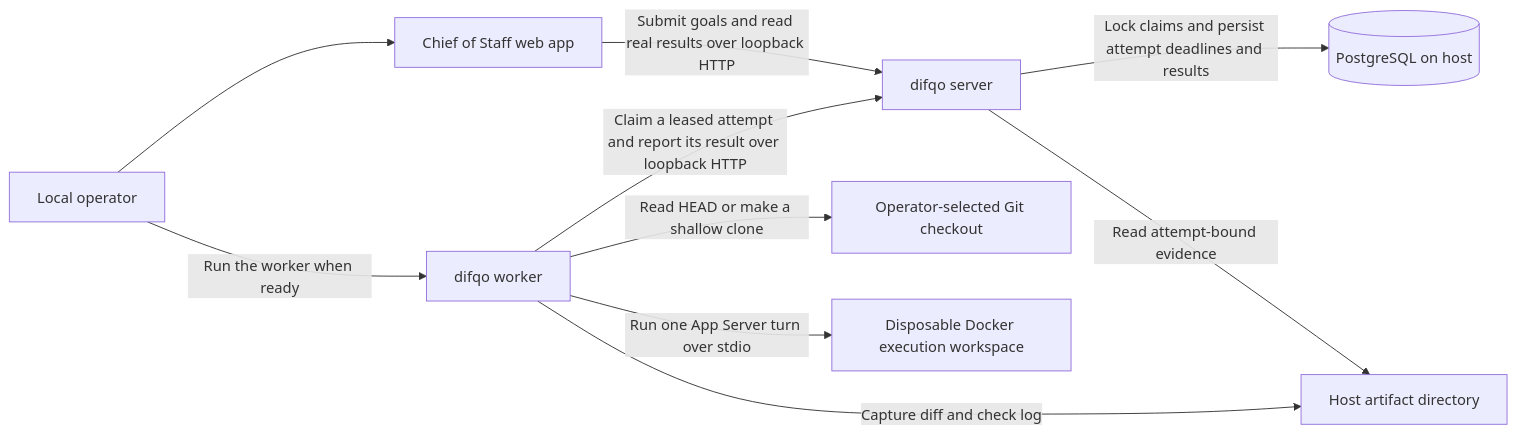
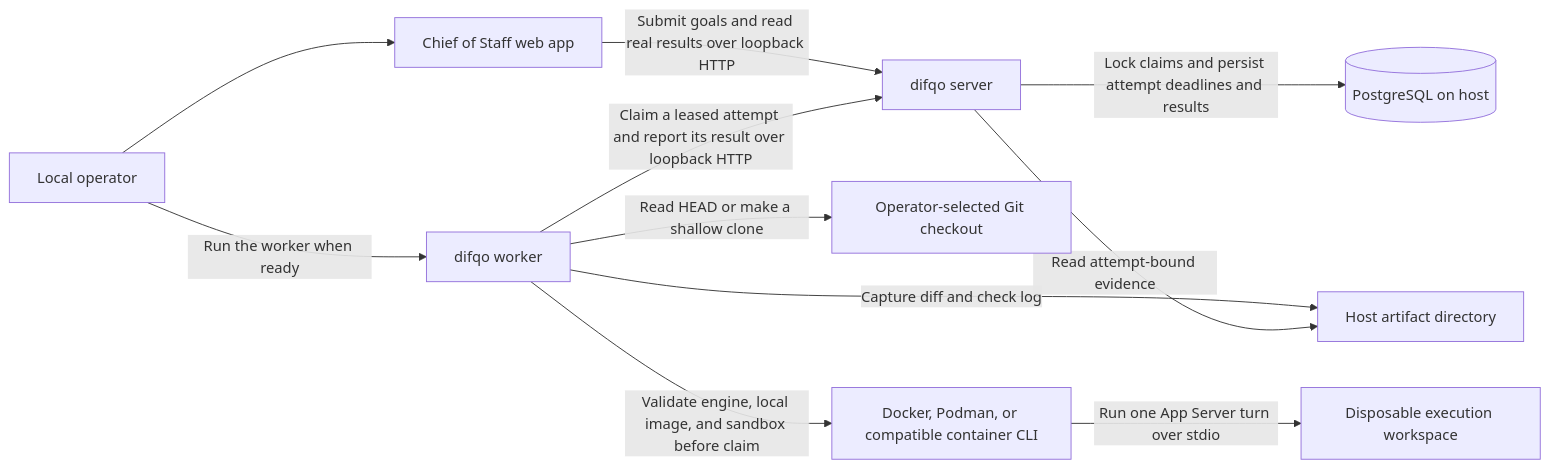
Before and after one commit to nep-ai/difqo: the first of 2 diagrams in docs/architecture.md, drawn with Mermaid. The commit also changed other lines of this file and 12 other files, not shown here.

Commit message:
Select and validate local container runtimes before claiming tasks

````diff
--- a/docs/architecture.md
+++ b/docs/architecture.md
@@ -5,12 +5,13 @@
 ```mermaid
 flowchart LR
     Operator["Local operator"] --> Browser["Chief of Staff web app"]
     Browser -->|"Submit goals and read real results over loopback HTTP"| Server["difqo server"]
     Operator -->|"Run the worker when ready"| Worker
     Worker["difqo worker"] -->|"Claim a leased attempt and report its result over loopback HTTP"| Server
     Server -->|"Lock claims and persist attempt deadlines and results"| Postgres[("PostgreSQL on host")]
     Worker -->|"Read HEAD or make a shallow clone"| Repo["Operator-selected Git checkout"]
-    Worker -->|"Run one App Server turn over stdio"| Codex["Disposable Docker execution workspace"]
+    Worker -->|"Validate engine, local image, and sandbox before claim"| Runtime["Docker, Podman, or compatible container CLI"]
+    Runtime -->|"Run one App Server turn over stdio"| Codex["Disposable execution workspace"]
     Worker -->|"Capture diff and check log"| Artifacts["Host artifact directory"]
     Server -->|"Read attempt-bound evidence"| Artifacts
 ```
````
